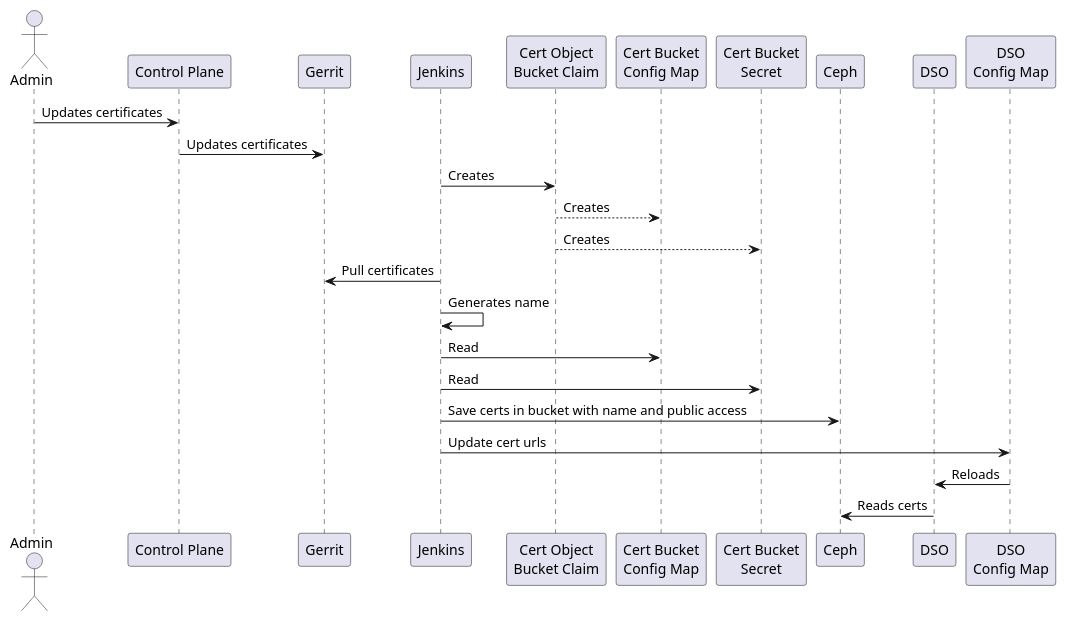
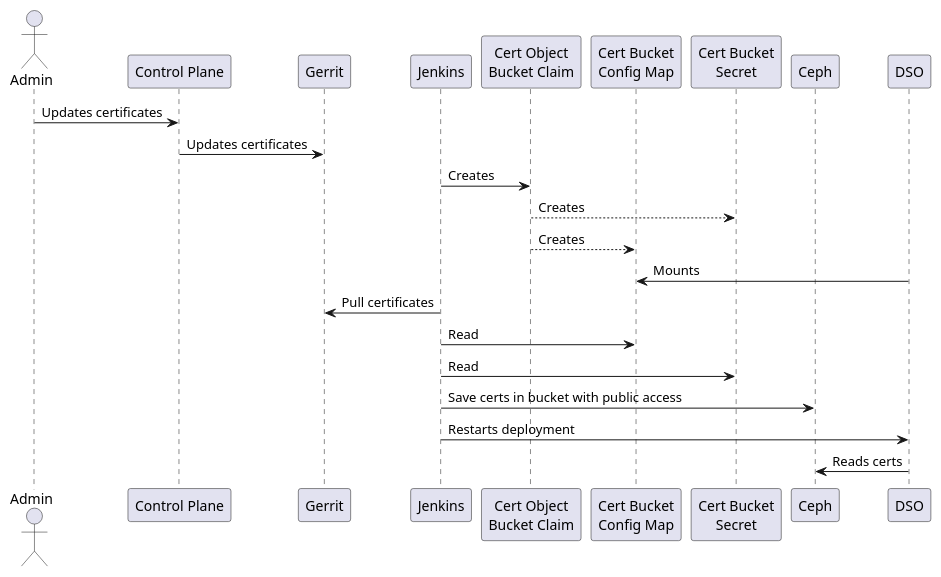
One commit to epam/edp-ddm-architecture changed the diagram in docs/ua/modules/arch/pages/architecture-workspace/platform-evolution/dso-cert-mng/dso-cert-mng.adoc. Above: the diagram before and after it, drawn with PlantUML. The commit also changed other lines of this file, not shown here.

```diff
--- a/docs/ua/modules/arch/pages/architecture-workspace/platform-evolution/dso-cert-mng/dso-cert-mng.adoc
+++ b/docs/ua/modules/arch/pages/architecture-workspace/platform-evolution/dso-cert-mng/dso-cert-mng.adoc
@@ -51,31 +51,30 @@
 [plantuml, dso-cert-mng, svg]
 ----
 @startuml
 actor "Admin" as admin
 participant "Control Plane" as cp
 participant "Gerrit" as gerrit
 participant "Jenkins" as jenkins
 participant "Cert Object\nBucket Claim" as obc
 participant "Cert Bucket\nConfig Map" as cm
 participant "Cert Bucket\nSecret" as secret
 participant "Ceph" as ceph
 participant "DSO" as dso
-participant "DSO\nConfig Map" as dso_config
 
 admin -> cp: Updates certificates
 cp -> gerrit: Updates certificates
 jenkins -> obc: Creates
+obc --> secret: Creates
 obc --> cm: Creates
-obc --> secret: Creates
+dso -> cm: Mounts
 
 jenkins -> gerrit: Pull certificates
-jenkins -> jenkins: Generates name
 jenkins -> cm: Read
 jenkins -> secret: Read
-jenkins -> ceph: Save certs in bucket with name and public access
-jenkins -> dso_config: Update cert urls
-dso_config -> dso: Reloads
+jenkins -> ceph: Save certs in bucket with public access
+jenkins -> dso: Restarts deployment
+
 dso -> ceph: Reads certs
 
 @enduml
 ----
```
